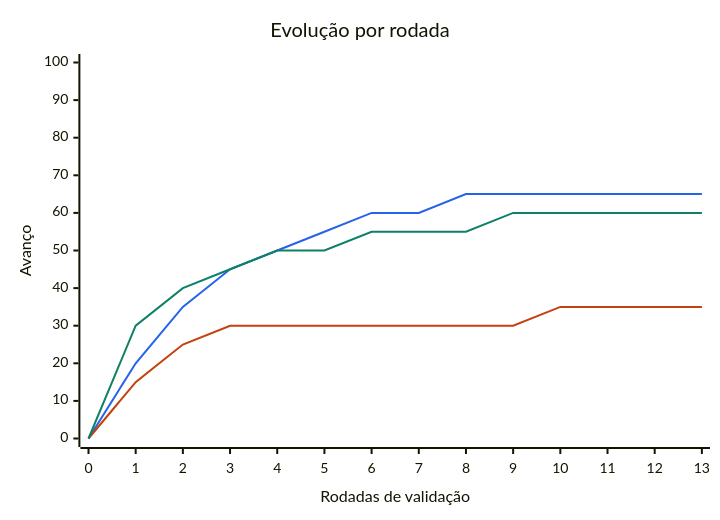
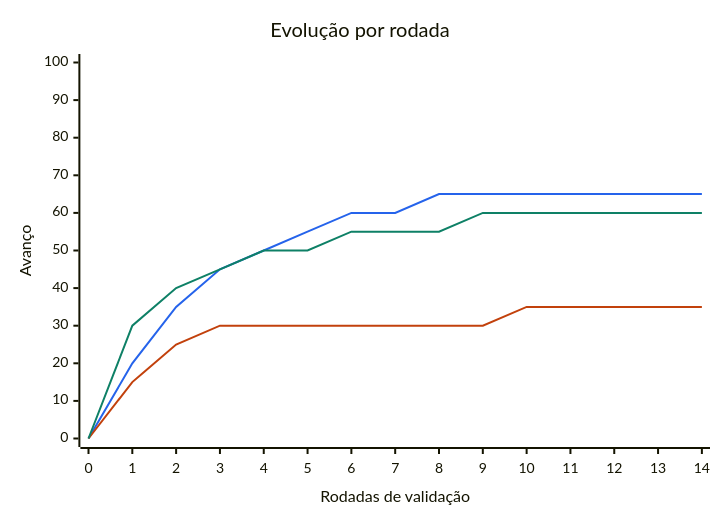
One commit to thiagozonda1989-stack/simuladorCotacao changed the diagram in docs/colaboracao/ACOMPANHAMENTO.md. Above: the diagram before and after it, drawn with Mermaid. The commit also changed other lines of this file, not shown here.

Commit message:
Atualiza o painel com o teste do alvo dinâmico

````diff
--- a/docs/colaboracao/ACOMPANHAMENTO.md
+++ b/docs/colaboracao/ACOMPANHAMENTO.md
@@ -7,15 +7,15 @@
 ```mermaid
 ---
 config:
   themeVariables:
     xyChart:
       plotColorPalette: "#2563eb,#c2410c,#0e8066"
 ---
 xychart-beta
   title "Evolução por rodada"
-  x-axis "Rodadas de validação" [0, 1, 2, 3, 4, 5, 6, 7, 8, 9, 10, 11, 12, 13]
+  x-axis "Rodadas de validação" [0, 1, 2, 3, 4, 5, 6, 7, 8, 9, 10, 11, 12, 13, 14]
   y-axis "Avanço" 0 --> 100
-  line [0, 20, 35, 45, 50, 55, 60, 60, 65, 65, 65, 65, 65, 65]
-  line [0, 15, 25, 30, 30, 30, 30, 30, 30, 30, 35, 35, 35, 35]
-  line [0, 30, 40, 45, 50, 50, 55, 55, 55, 60, 60, 60, 60, 60]
+  line [0, 20, 35, 45, 50, 55, 60, 60, 65, 65, 65, 65, 65, 65, 65]
+  line [0, 15, 25, 30, 30, 30, 30, 30, 30, 30, 35, 35, 35, 35, 35]
+  line [0, 30, 40, 45, 50, 50, 55, 55, 55, 60, 60, 60, 60, 60, 60]
 ```
````
